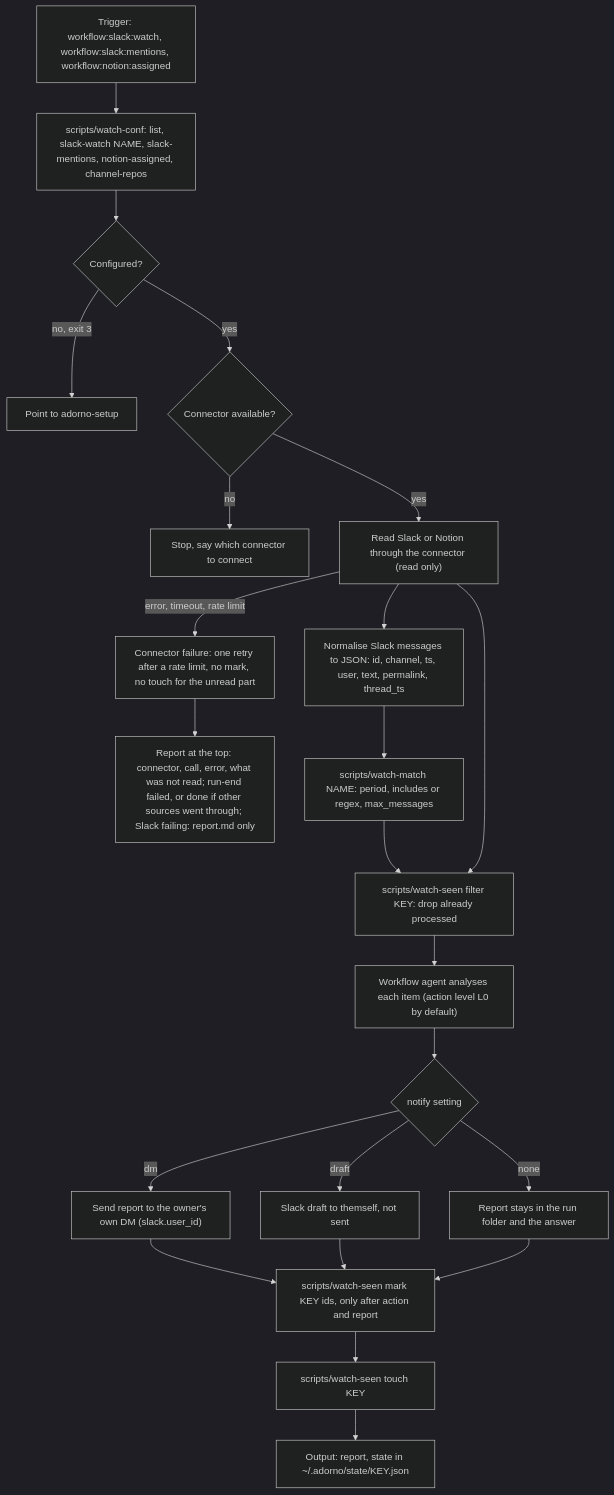
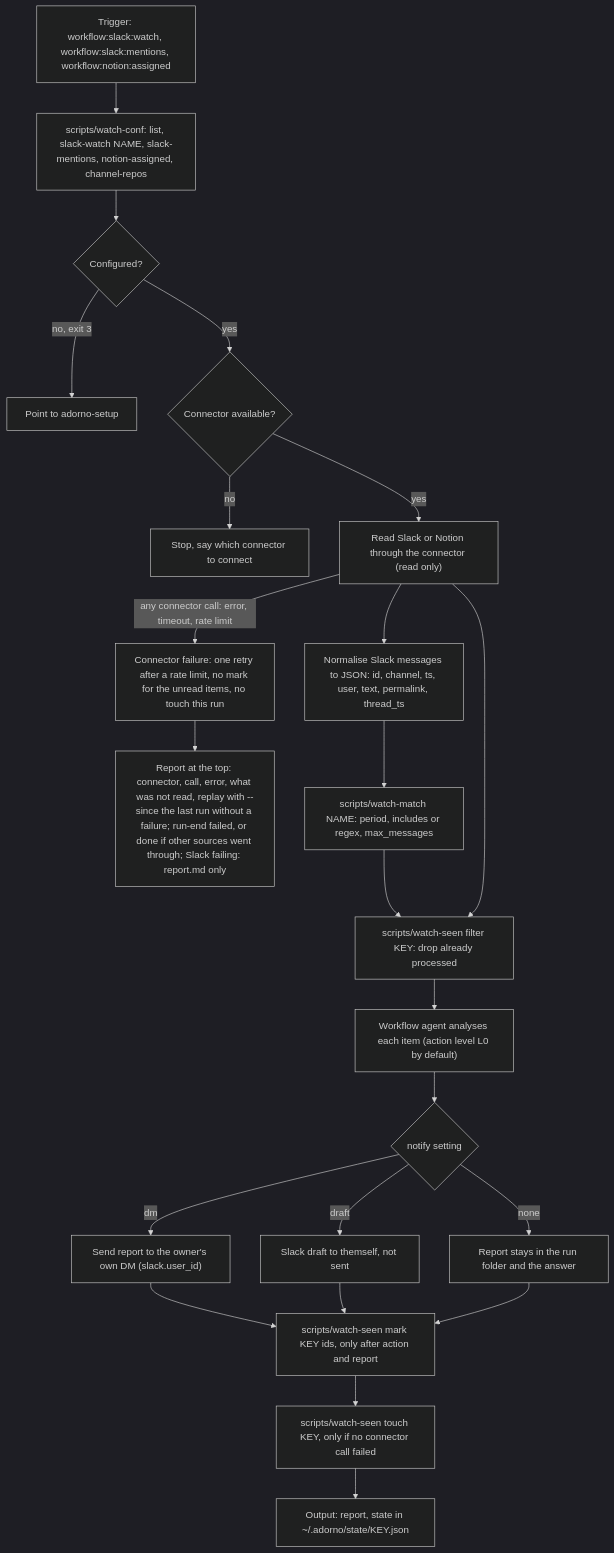
Before and after one commit to nicolasmondain/adorno: the diagram in src/skills/adorno-watch/SCHEMA.md, drawn with Mermaid (dark theme). The commit also changed 16 other files, not shown here.

First line of the commit message:
fix(watch): read every Notion writer from the page history

````diff
--- a/src/skills/adorno-watch/SCHEMA.md
+++ b/src/skills/adorno-watch/SCHEMA.md
@@ -3,25 +3,25 @@
 ```mermaid
 flowchart TD
   T["Trigger: workflow:slack:watch, workflow:slack:mentions, workflow:notion:assigned"] --> CF["scripts/watch-conf: list, slack-watch NAME, slack-mentions, notion-assigned, channel-repos"]
   CF --> NC{"Configured?"}
   NC -->|"no, exit 3"| SU["Point to adorno-setup"]
   NC -->|"yes"| CN{"Connector available?"}
   CN -->|"no"| STOP["Stop, say which connector to connect"]
   CN -->|"yes"| RD["Read Slack or Notion through the connector (read only)"]
-  RD -->|"error, timeout, rate limit"| FAIL["Connector failure: one retry after a rate limit, no mark, no touch for the unread part"]
-  FAIL --> FR["Report at the top: connector, call, error, what was not read; run-end failed, or done if other sources went through; Slack failing: report.md only"]
+  RD -->|"any connector call: error, timeout, rate limit"| FAIL["Connector failure: one retry after a rate limit, no mark for the unread items, no touch this run"]
+  FAIL --> FR["Report at the top: connector, call, error, what was not read, replay with --since the last run without a failure; run-end failed, or done if other sources went through; Slack failing: report.md only"]
   RD --> NM["Normalise Slack messages to JSON: id, channel, ts, user, text, permalink, thread_ts"]
   NM --> WM["scripts/watch-match NAME: period, includes or regex, max_messages"]
   WM --> SF["scripts/watch-seen filter KEY: drop already processed"]
   RD --> SF
   SF --> AG["Workflow agent analyses each item (action level L0 by default)"]
   AG --> NT{"notify setting"}
   NT -->|"dm"| DM["Send report to the owner's own DM (slack.user_id)"]
   NT -->|"draft"| DF["Slack draft to themself, not sent"]
   NT -->|"none"| KP["Report stays in the run folder and the answer"]
   DM --> MK["scripts/watch-seen mark KEY ids, only after action and report"]
   DF --> MK
   KP --> MK
-  MK --> TC["scripts/watch-seen touch KEY"]
+  MK --> TC["scripts/watch-seen touch KEY, only if no connector call failed"]
   TC --> OUT["Output: report, state in ~/.adorno/state/KEY.json"]
 ```
````
